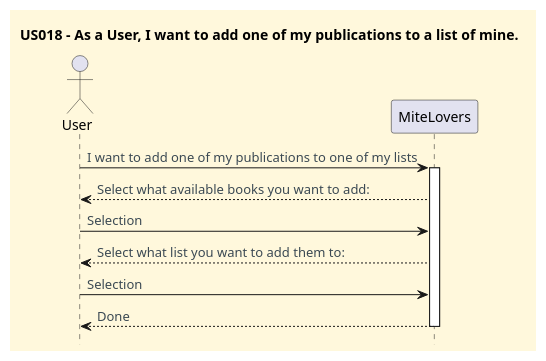
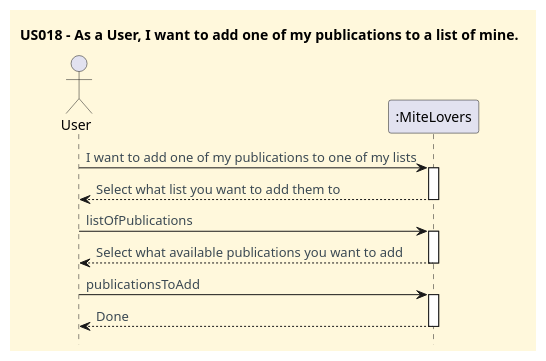
Before and after one commit to CarolinaLeite-collab/JavaMarketplacePlatform: the diagram in docs/userStories/US018/US018_add_mypublication_to_mylist_SSD.puml, drawn with PlantUML.

Commit message:
Refs #161: Fixed system sequence diagram for US018

```diff
--- a/docs/userStories/US018/US018_add_mypublication_to_mylist_SSD.puml
+++ b/docs/userStories/US018/US018_add_mypublication_to_mylist_SSD.puml
@@ -1,29 +1,33 @@
 @startuml
 'https://plantuml.com/sequence-diagram
 hide footbox
 title US018 - As a User, I want to add one of my publications to a list of mine.
 
 '==== basic style ====
 skinparam monochrome false
 skinparam shadowing false
 skinparam defaultFontName Futura
 skinparam objectFontSize 20
 skinparam backgroundColor CornSilk
 skinparam objectBackgroundColor WhiteSmoke
 skinparam noteBackgroundColor #FFFFE0
 skinparam ArrowFontColor #3B4953
 skinparam ActivationBackgroundColor black
 
 actor User
-participant "MiteLovers" as System
+participant ":MiteLovers" as System
 
 User -> System : I want to add one of my publications to one of my lists
 activate "System"
-System --> User : Select what available books you want to add:
-User -> System : Selection
-System --> User : Select what list you want to add them to:
-User -> System : Selection
+System --> User : Select what list you want to add them to
+deactivate System
+User -> System : listOfPublications
+activate System
+System --> User : Select what available publications you want to add
+deactivate System
+User -> System : publicationsToAdd
+activate System
 System --> User : Done
 deactivate "System"
 
 @enduml
```
